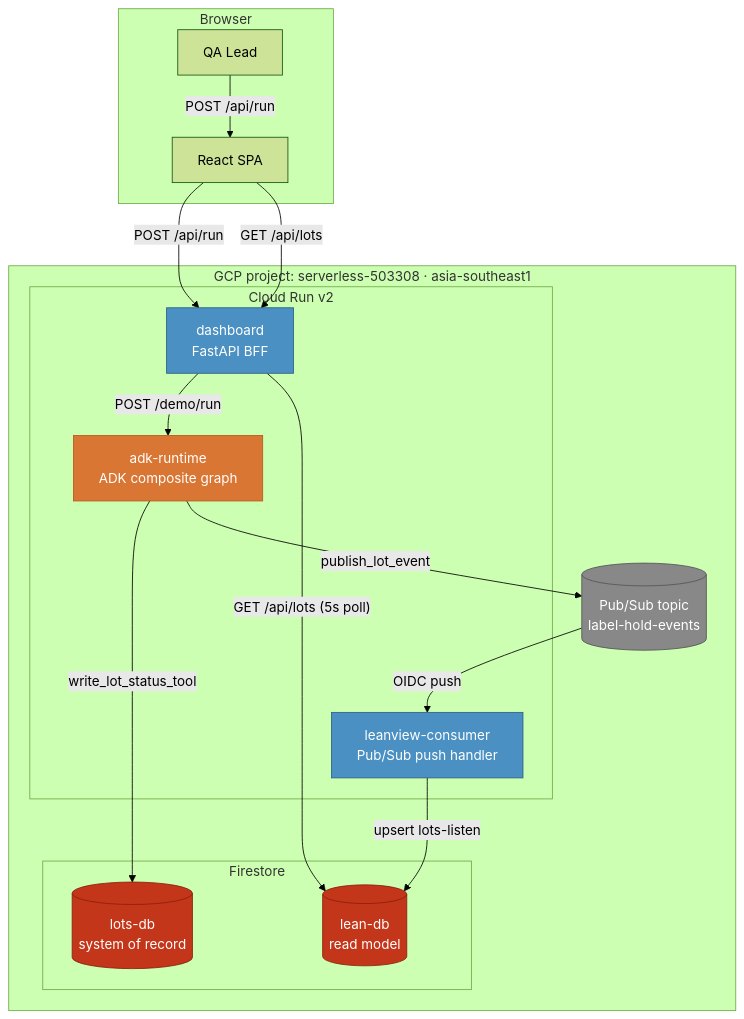
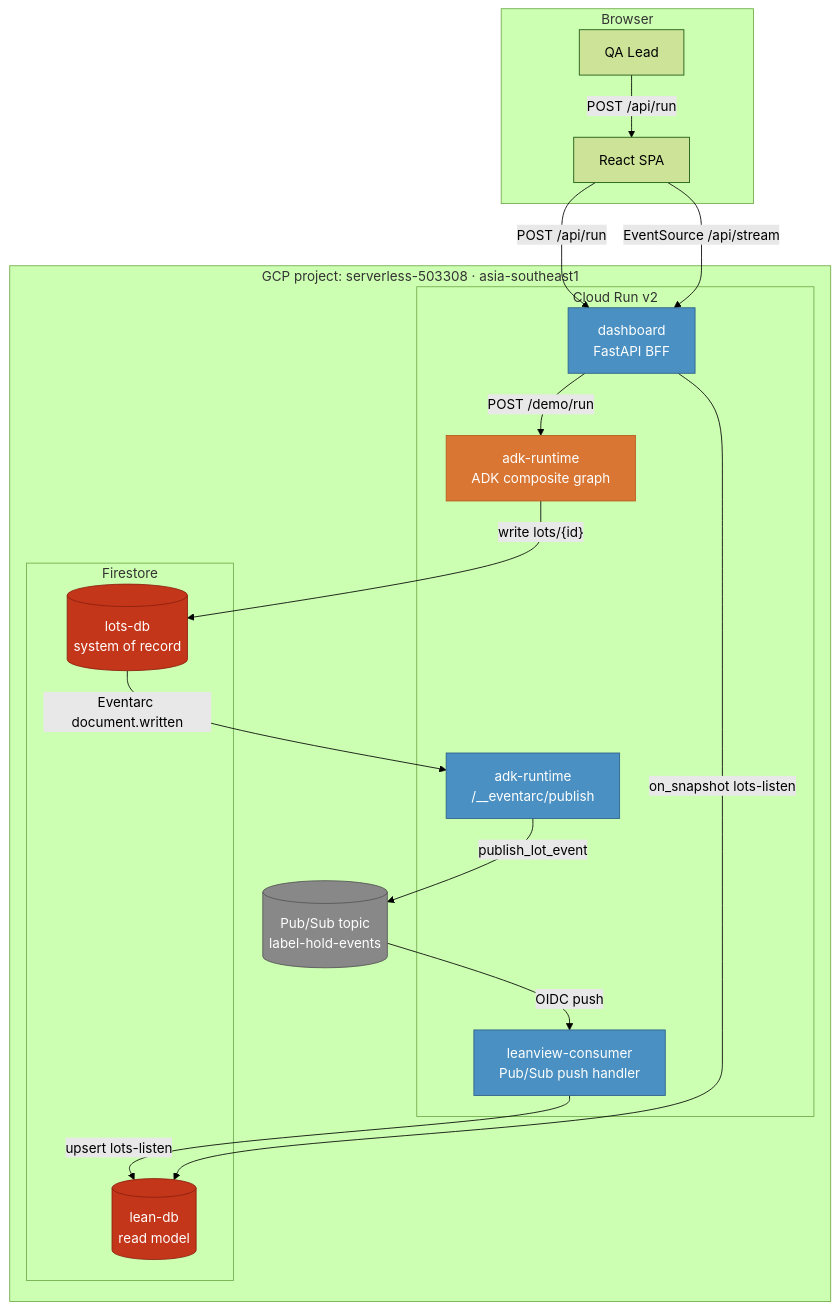
One commit to AndreMashukov/label-hold changed the first of 4 diagrams in README.md. Above: the diagram before and after it, drawn with Mermaid (forest theme). The commit also changed other lines of this file and 7 other files, not shown here.

First line of the commit message:
Align docs with CDC-only publish and SSE lean view.

````diff
--- a/README.md
+++ b/README.md
@@ -69,42 +69,44 @@
 ```mermaid
 flowchart TB
   subgraph Browser["Browser"]
     QA["QA Lead"]
     FE["React SPA"]
   end
 
   subgraph GCP["GCP project: serverless-503308 · asia-southeast1"]
     subgraph CR["Cloud Run v2"]
       DASH["dashboard<br/>FastAPI BFF"]
       ADK["adk-runtime<br/>ADK composite graph"]
+      CDC["adk-runtime<br/>/__eventarc/publish"]
       CONS["leanview-consumer<br/>Pub/Sub push handler"]
     end
     subgraph FS["Firestore"]
       LOTDB[("lots-db<br/>system of record")]
       LEANDB[("lean-db<br/>read model")]
     end
     BUS[("Pub/Sub topic<br/>label-hold-events")]
   end
 
   QA -- "POST /api/run" --> FE
   FE -- "POST /api/run" --> DASH
   DASH -- "POST /demo/run" --> ADK
 
-  ADK -- "write_lot_status_tool" --> LOTDB
-  ADK -- "publish_lot_event" --> BUS
+  ADK -- "write lots/{id}" --> LOTDB
+  LOTDB -- "Eventarc document.written" --> CDC
+  CDC -- "publish_lot_event" --> BUS
   BUS -- "OIDC push" --> CONS
   CONS -- "upsert lots-listen" --> LEANDB
 
-  DASH -- "GET /api/lots (5s poll)" --> LEANDB
-  FE -- "GET /api/lots" --> DASH
+  DASH -- "on_snapshot lots-listen" --> LEANDB
+  FE -- "EventSource /api/stream" --> DASH
 
   classDef primary fill:#d97633,color:#fff,stroke:#b85a1c,stroke-width:1px
   classDef bff fill:#4a90c2,color:#fff,stroke:#2c5f86,stroke-width:1px
   classDef store fill:#c4361a,color:#fff,stroke:#8a1f0e,stroke-width:1px
   classDef bus fill:#888,color:#fff,stroke:#555,stroke-width:1px
 
   class ADK primary
-  class DASH,CONS bff
+  class DASH,CONS,CDC bff
   class LOTDB,LEANDB store
   class BUS bus
 ```
````
